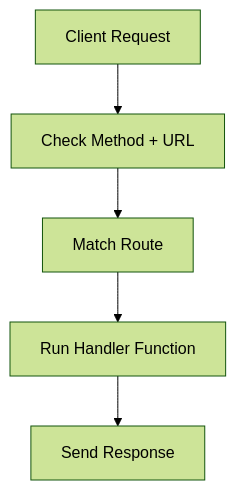
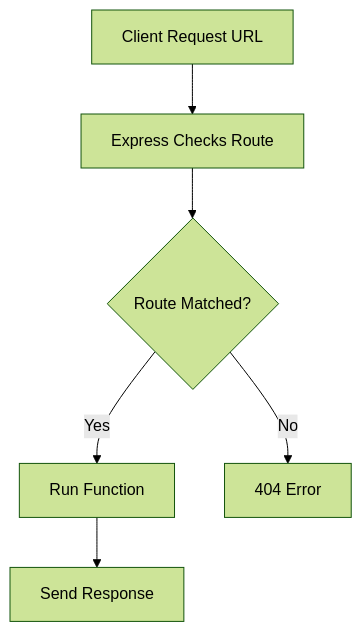
Before and after one commit to ritam-g/Interview: the ninth of 9 diagrams in backend/nodejs-interview-questions.md, drawn with Mermaid (forest theme). The commit also changed other lines of this file, not shown here.

Commit message:
Refine Express routing explanations and examples for clarity and ease of understanding

````diff
--- a/backend/nodejs-interview-questions.md
+++ b/backend/nodejs-interview-questions.md
@@ -638,7 +647,8 @@
-```mermaid id="routeflow1"
+```mermaid id="routeeasy1"
 flowchart TD
-    A[Client Request] --> B[Check Method + URL]
-    B --> C[Match Route]
-    C --> D[Run Handler Function]
+    A[Client Request URL] --> B[Express Checks Route]
+    B --> C{Route Matched?}
+    C -->|Yes| D[Run Function]
     D --> E[Send Response]
+    C -->|No| F[404 Error]
 ```
````
